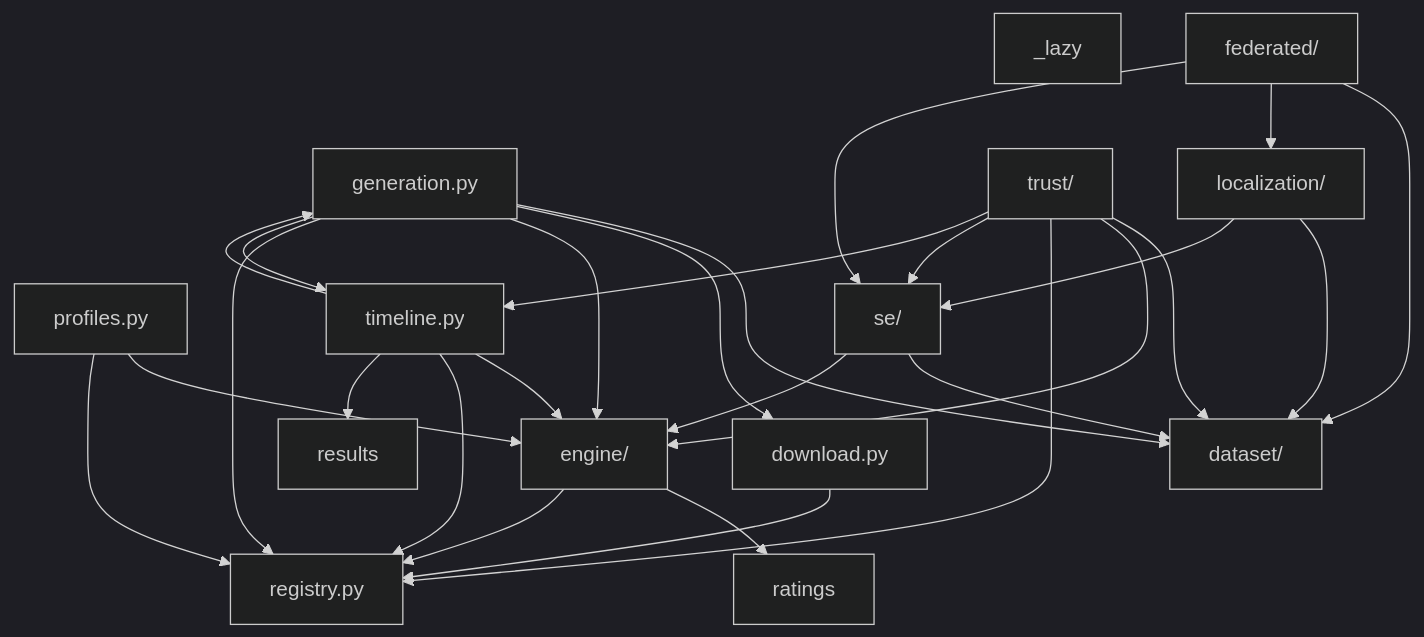
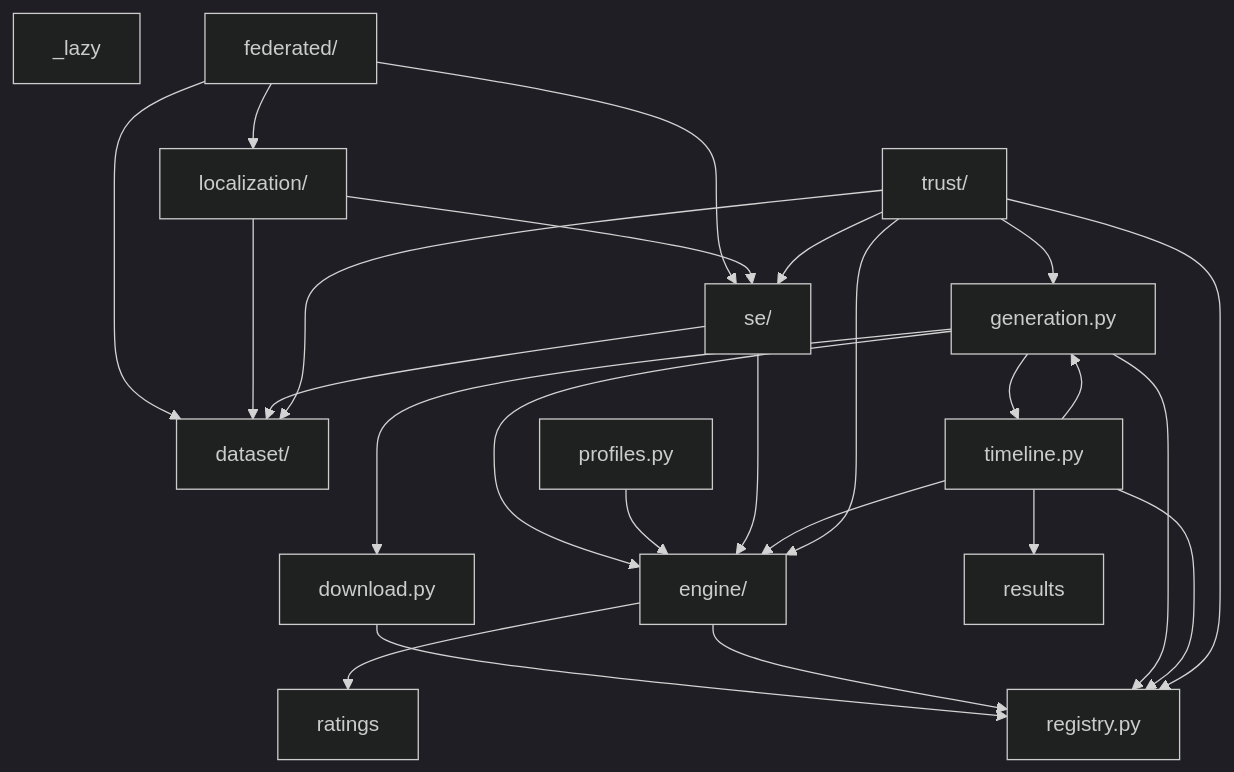
The diagram in docs/figures/diagrams/modules.mmd (myersben9/fdia-graph), drawn with Mermaid (dark theme) before and after one commit. The commit also changed 54 other files, not shown here.

```diff
--- a/docs/figures/diagrams/modules.mmd
+++ b/docs/figures/diagrams/modules.mmd
@@ -1,41 +1,39 @@
 flowchart TB
     _lazy["_lazy"]
     dataset["dataset/"]
     download["download.py"]
     engine["engine/"]
     federated["federated/"]
     generation["generation.py"]
     localization["localization/"]
     profiles["profiles.py"]
     ratings["ratings"]
     registry["registry.py"]
     results["results"]
     se["se/"]
     timeline["timeline.py"]
     trust["trust/"]
     download --> registry
     engine --> ratings
     engine --> registry
     federated --> dataset
     federated --> localization
     federated --> se
-    generation --> dataset
     generation --> download
     generation --> engine
     generation --> registry
     generation --> timeline
     localization --> dataset
     localization --> se
     profiles --> engine
-    profiles --> registry
     se --> dataset
     se --> engine
     timeline --> engine
     timeline --> generation
     timeline --> registry
     timeline --> results
     trust --> dataset
     trust --> engine
+    trust --> generation
     trust --> registry
     trust --> se
-    trust --> timeline
```
